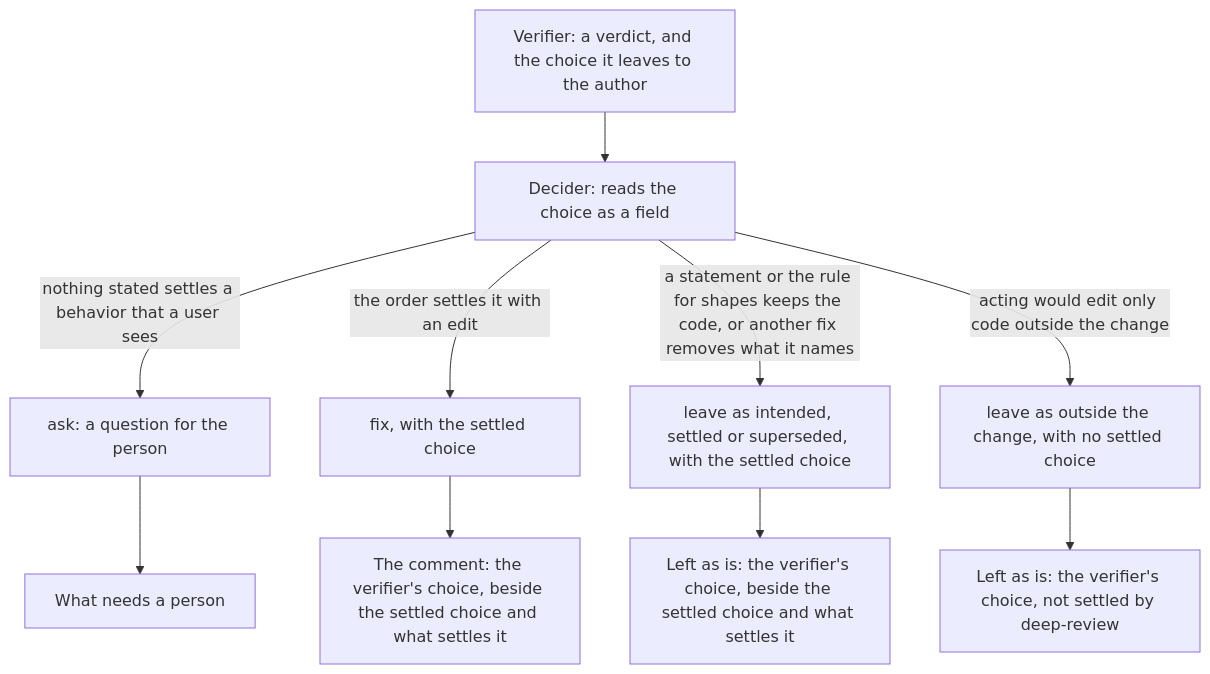
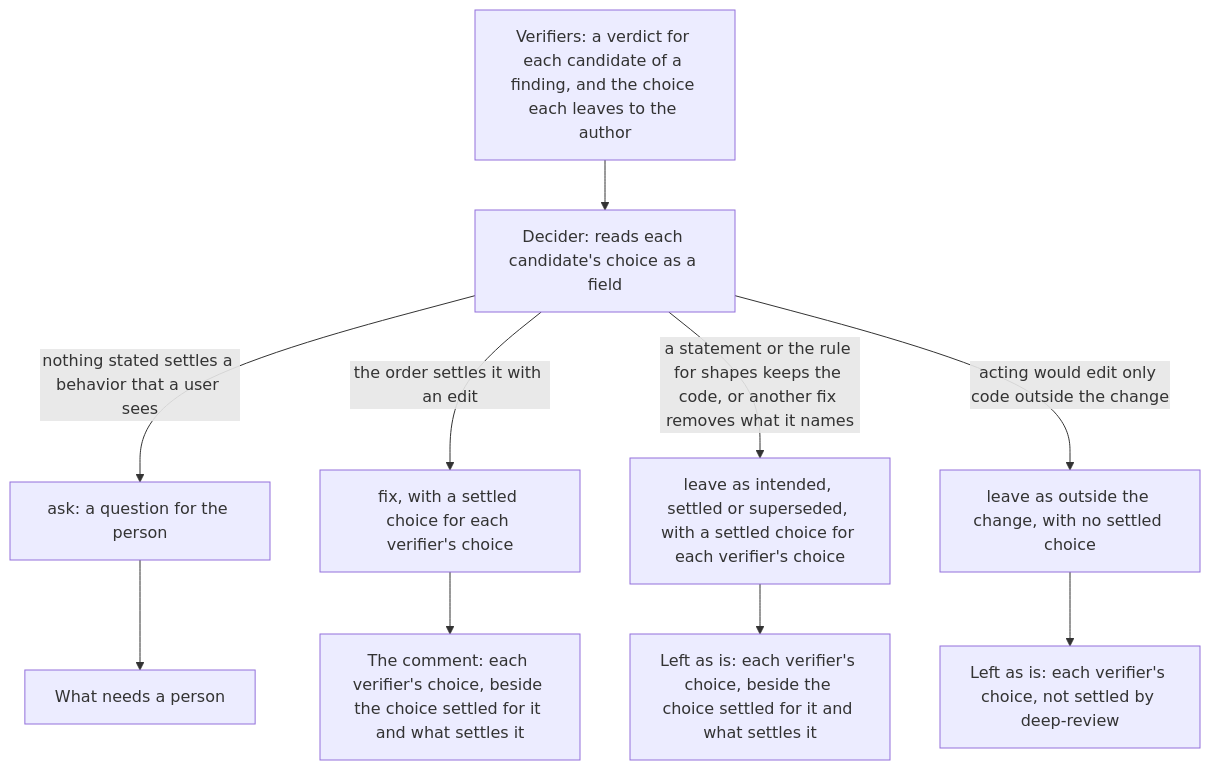
One commit to josephjang/deep-review changed the diagram in docs/changes/2026-11-06-choice-settled-on-the-record.requirements.md. Above: the diagram before and after it, drawn with Mermaid. The commit also changed other lines of this file and 1 other file, not shown here.

````diff
--- a/docs/changes/2026-11-06-choice-settled-on-the-record.requirements.md
+++ b/docs/changes/2026-11-06-choice-settled-on-the-record.requirements.md
@@ -15,12 +15,12 @@
 ```mermaid
 flowchart TD
-    V["Verifier: a verdict, and the choice it leaves to the author"] --> D["Decider: reads the choice as a field"]
+    V["Verifiers: a verdict for each candidate of a finding, and the choice each leaves to the author"] --> D["Decider: reads each candidate's choice as a field"]
     D -->|"nothing stated settles a behavior that a user sees"| A["ask: a question for the person"]
-    D -->|"the order settles it with an edit"| F["fix, with the settled choice"]
-    D -->|"a statement or the rule for shapes keeps the code, or another fix removes what it names"| L["leave as intended, settled or superseded, with the settled choice"]
+    D -->|"the order settles it with an edit"| F["fix, with a settled choice for each verifier's choice"]
+    D -->|"a statement or the rule for shapes keeps the code, or another fix removes what it names"| L["leave as intended, settled or superseded, with a settled choice for each verifier's choice"]
     D -->|"acting would edit only code outside the change"| O["leave as outside the change, with no settled choice"]
     A --> N["What needs a person"]
-    F --> C["The comment: the verifier's choice, beside the settled choice and what settles it"]
-    L --> E["Left as is: the verifier's choice, beside the settled choice and what settles it"]
-    O --> U["Left as is: the verifier's choice, not settled by deep-review"]
+    F --> C["The comment: each verifier's choice, beside the choice settled for it and what settles it"]
+    L --> E["Left as is: each verifier's choice, beside the choice settled for it and what settles it"]
+    O --> U["Left as is: each verifier's choice, not settled by deep-review"]
 ```
````
